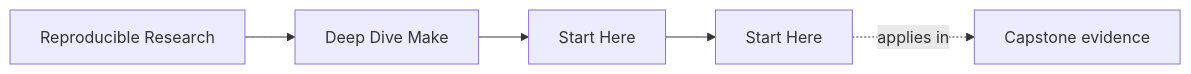
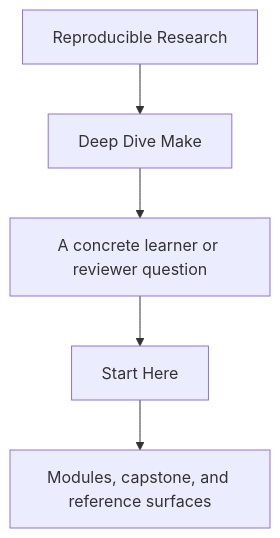
Before and after one commit to bijux/bijux-masterclass: the first of 2 diagrams in programs/reproducible-research/deep-dive-make/course-book/guides/start-here.md, drawn with Mermaid. The commit also changed other lines of this file and 29 other files, not shown here.

Commit message:
docs(deep-dive-make): sharpen guide and reference diagrams

````diff
--- a/programs/reproducible-research/deep-dive-make/course-book/guides/start-here.md
+++ b/programs/reproducible-research/deep-dive-make/course-book/guides/start-here.md
@@ -9,11 +9,7 @@
 ```mermaid
-graph LR
-  family["Reproducible Research"]
-  program["Deep Dive Make"]
-  section["Start Here"]
-  page["Start Here"]
-  capstone["Capstone evidence"]
-
-  family --> program --> section --> page
-  page -.applies in.-> capstone
+flowchart TD
+  family["Reproducible Research"] --> program["Deep Dive Make"]
+  program --> pressure["A concrete learner or reviewer question"]
+  pressure --> guide["Start Here"]
+  guide --> next["Modules, capstone, and reference surfaces"]
 ```
````
